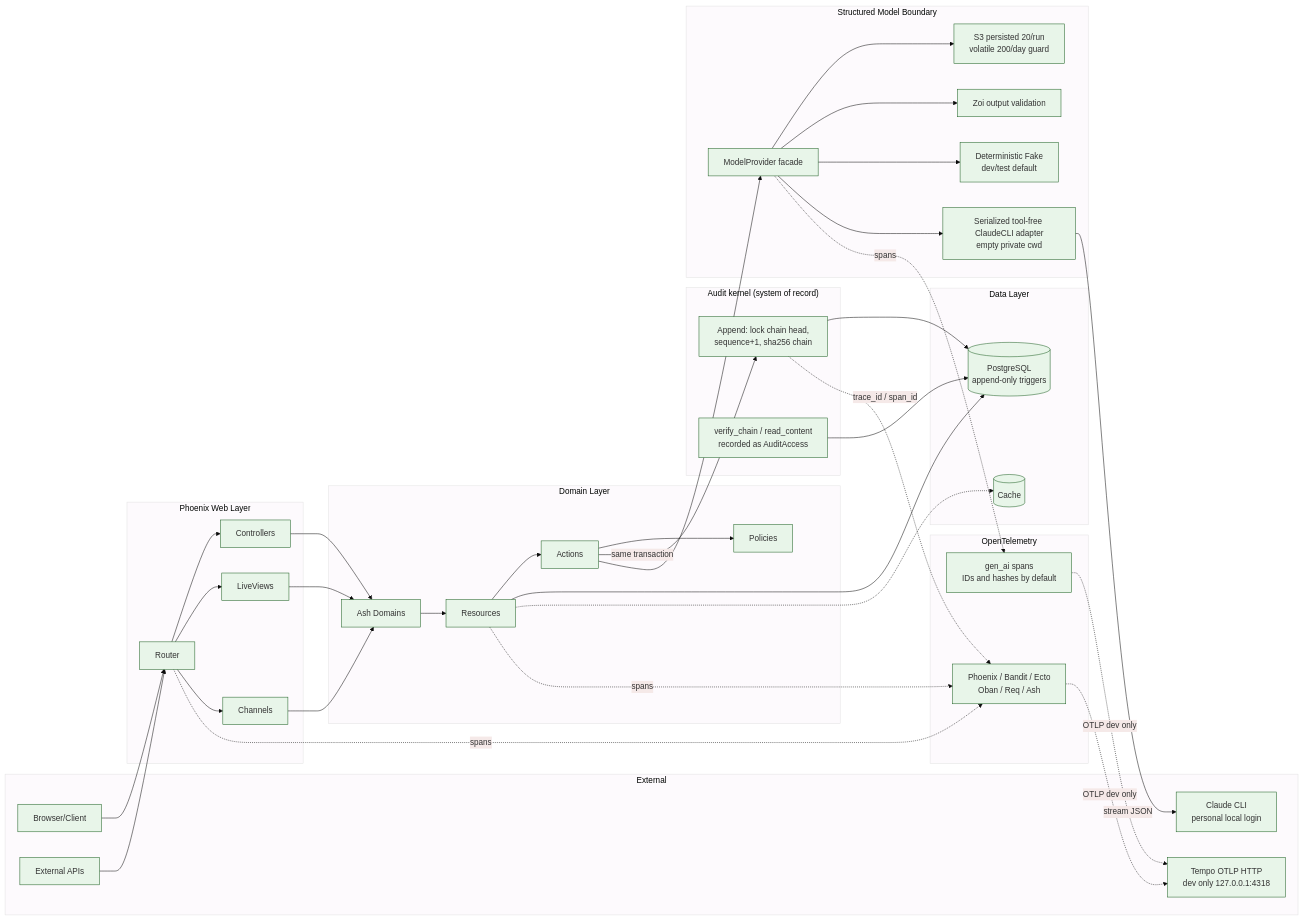
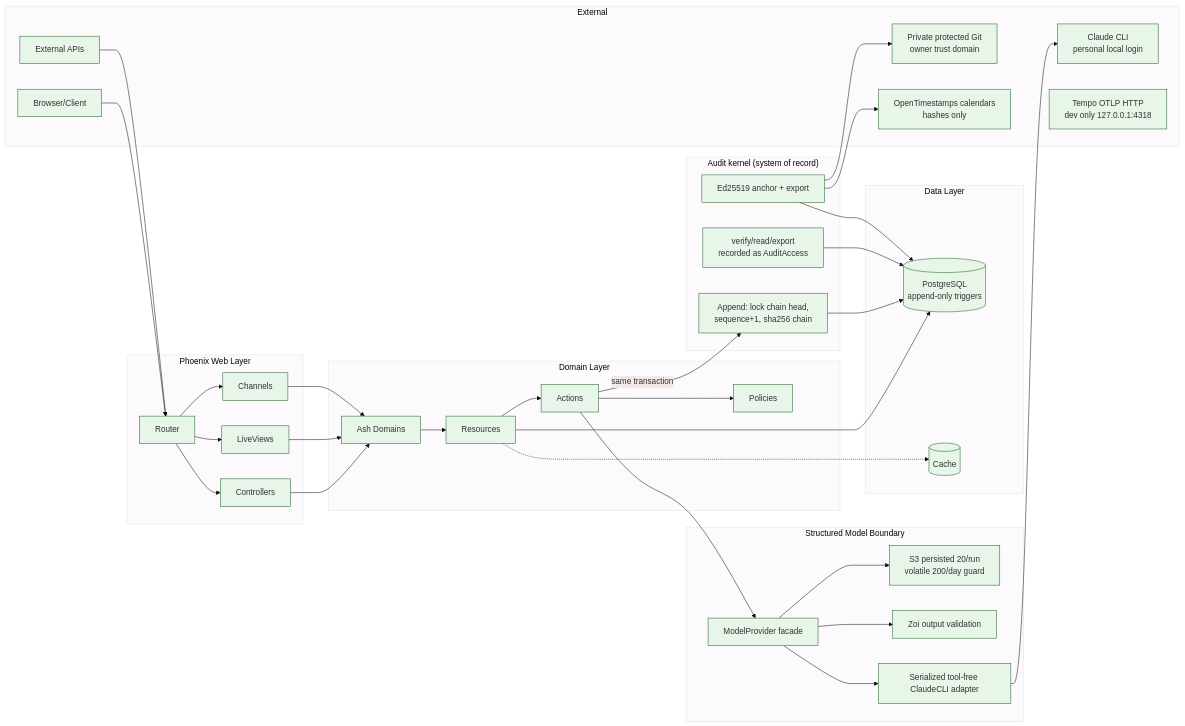
Before and after one commit to chops/sdr_agent: the diagram in docs/architecture/data-flow.md, drawn with Mermaid. The commit also changed other lines of this file and 36 other files, not shown here.

````diff
--- a/docs/architecture/data-flow.md
+++ b/docs/architecture/data-flow.md
@@ -9,80 +9,73 @@
 ```mermaid
 %%{init: {'theme': 'base', 'themeVariables': { 'primaryColor': '#e8f5e9', 'primaryBorderColor': '#1b5e20'}}}%%
 flowchart LR
     subgraph External["External"]
         Browser[Browser/Client]
         API[External APIs]
         Claude[Claude CLI<br/>personal local login]
         Tempo[Tempo OTLP HTTP<br/>dev only 127.0.0.1:4318]
+        AnchorGit[Private protected Git<br/>owner trust domain]
+        OTS[OpenTimestamps calendars<br/>hashes only]
     end
 
     subgraph Web["Phoenix Web Layer"]
         Router[Router]
         Controllers[Controllers]
         LiveViews[LiveViews]
         Channels[Channels]
     end
 
     subgraph Domain["Domain Layer"]
         Domains[Ash Domains]
         Resources[Resources]
         Actions[Actions]
         Policies[Policies]
     end
 
-    subgraph AuditKernel["Audit kernel (system of record)"]
-        Append[Append: lock chain head,<br/>sequence+1, sha256 chain]
-        Verify[verify_chain / read_content<br/>recorded as AuditAccess]
-    end
-
     subgraph Data["Data Layer"]
         Postgres[(PostgreSQL<br/>append-only triggers)]
         Cache[(Cache)]
+    end
+
+    subgraph AuditKernel["Audit kernel (system of record)"]
+        Append[Append: lock chain head,<br/>sequence+1, sha256 chain]
+        Verify[verify/read/export<br/>recorded as AuditAccess]
+        Anchor[Ed25519 anchor + export]
     end
 
     subgraph AI["Structured Model Boundary"]
         Provider[ModelProvider facade]
         Budget[S3 persisted 20/run<br/>volatile 200/day guard]
         Validation[Zoi output validation]
-        Adapter[Serialized tool-free ClaudeCLI adapter<br/>empty private cwd]
-        Fake[Deterministic Fake<br/>dev/test default]
-    end
-
-    subgraph Observability["OpenTelemetry"]
-        Instrumentation[Phoenix / Bandit / Ecto<br/>Oban / Req / Ash]
-        GenAI[gen_ai spans<br/>IDs and hashes by default]
+        Adapter[Serialized tool-free ClaudeCLI adapter]
     end
 
     Browser --> Router
     API --> Router
     Router --> Controllers
     Router --> LiveViews
     Router --> Channels
     Controllers --> Domains
     LiveViews --> Domains
     Channels --> Domains
     Domains --> Resources
     Resources --> Actions
     Actions --> Policies
     Resources --> Postgres
     Actions -- same transaction --> Append
     Append --> Postgres
     Verify --> Postgres
-    Append -. trace_id / span_id .-> Instrumentation
-    Resources -.-> Cache
+    Anchor --> Postgres
+    Anchor --> AnchorGit
+    Anchor --> OTS
     Actions --> Provider
     Provider --> Budget
     Provider --> Validation
-    Provider --> Fake
     Provider --> Adapter
-    Adapter -- stream JSON --> Claude
-    Router -. spans .-> Instrumentation
-    Resources -. spans .-> Instrumentation
-    Provider -. spans .-> GenAI
-    Instrumentation -. OTLP dev only .-> Tempo
-    GenAI -. OTLP dev only .-> Tempo
+    Adapter --> Claude
+    Resources -.-> Cache
 
     %% Project shape: single
     %% Detected data layers:
     %% - AshPostgres (PostgreSQL)
 ```
````
